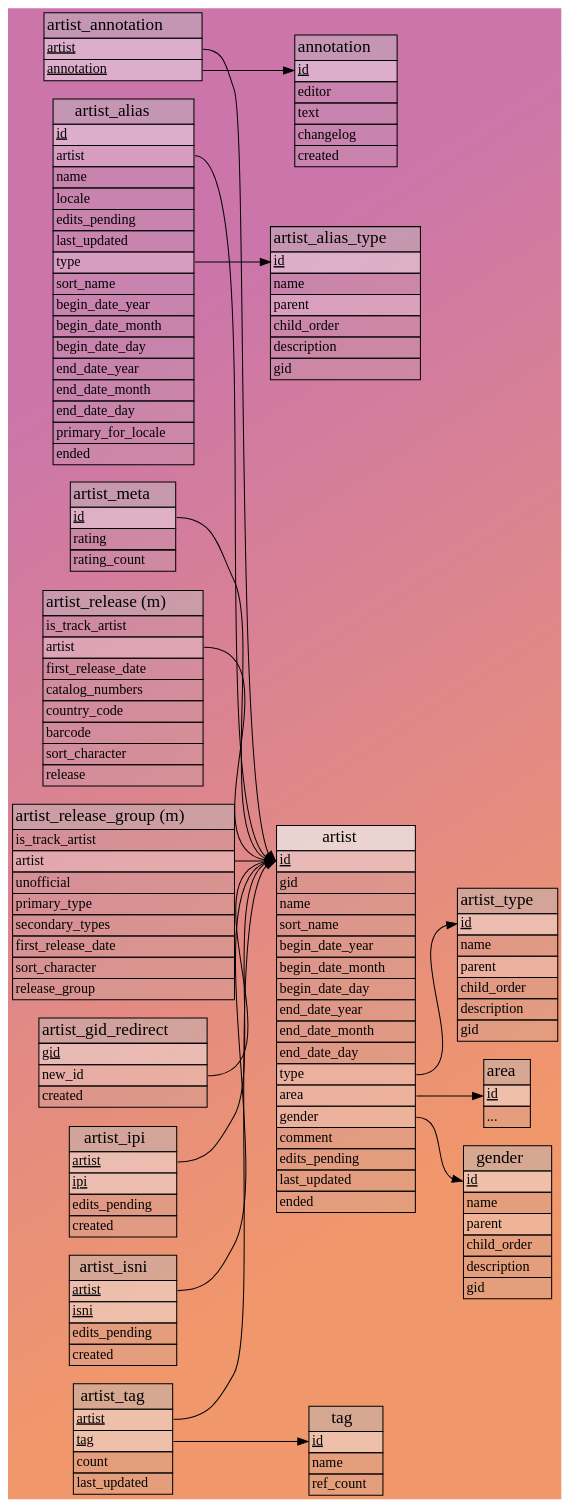
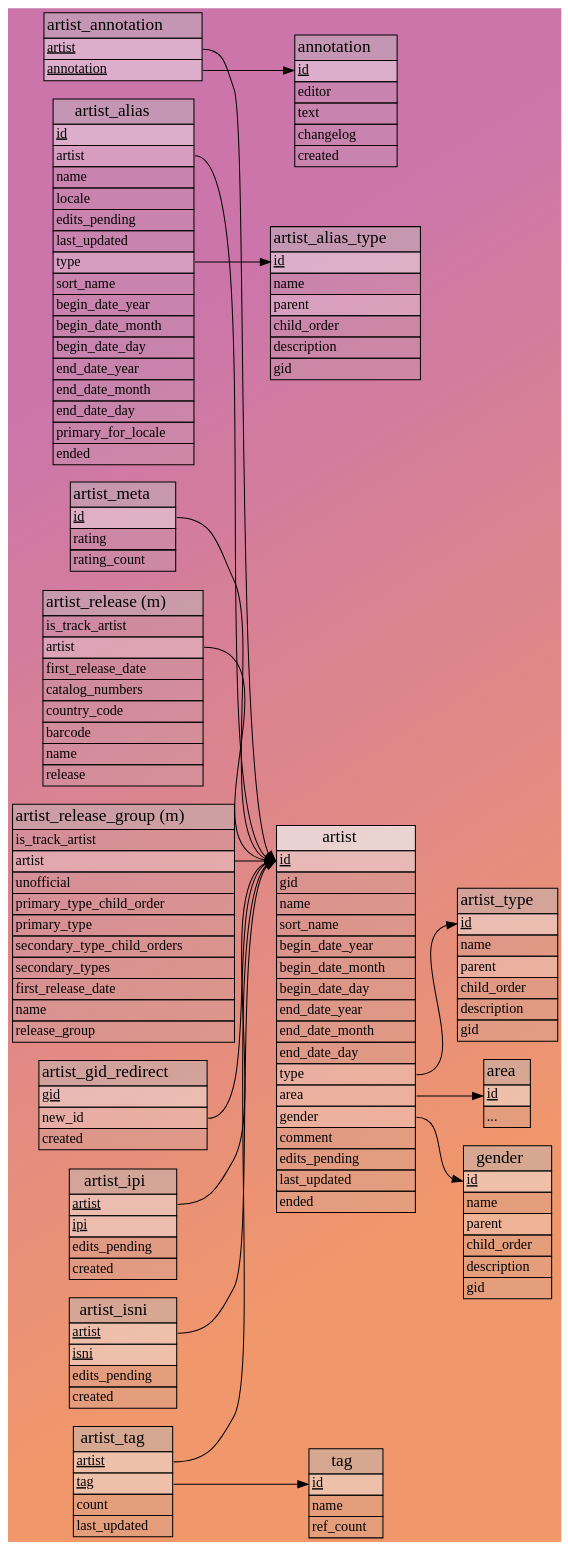
Before and after one commit to metabrainz/musicbrainz-server: the diagram in docs/database_schema_diagrams/graphs/artist_entity_details.dot, drawn with Graphviz. The commit also changed 27 other files, not shown here.

First line of the commit message:
MBS-14037: Update diagrams for 2025 Q2 schema change

```diff
--- a/docs/database_schema_diagrams/graphs/artist_entity_details.dot
+++ b/docs/database_schema_diagrams/graphs/artist_entity_details.dot
@@ -1,5 +1,5 @@
 // Automatically generated, do not edit.
-// - Database schema sequence: 29
+// - Database schema sequence: 30
 digraph artist_entity_details {
     tooltip = "Tables for the “artist” entity type properties"
     graph [
@@ -156,7 +156,7 @@
                 <tr><td bgcolor="#bbbbbb33" align="left" port="catalog_numbers"><font point-size="14">catalog_numbers</font></td></tr>
                 <tr><td bgcolor="#bbbbbb33" align="left" port="country_code"><font point-size="14">country_code</font></td></tr>
                 <tr><td bgcolor="#bbbbbb33" align="left" port="barcode"><font point-size="14">barcode</font></td></tr>
-                <tr><td bgcolor="#bbbbbb33" align="left" port="sort_character"><font point-size="14">sort_character</font></td></tr>
+                <tr><td bgcolor="#bbbbbb33" align="left" port="name"><font point-size="14">name</font></td></tr>
                 <tr><td bgcolor="#bbbbbb33" align="left" port="release"><font point-size="14">release</font></td></tr>
             </table>
         >
@@ -168,10 +168,12 @@
                 <tr><td bgcolor="#bbbbbb33" align="left" port="is_track_artist"><font point-size="14">is_track_artist</font></td></tr>
                 <tr><td bgcolor="#eeeeee55" align="left" port="artist"><font point-size="14">artist</font></td></tr>
                 <tr><td bgcolor="#bbbbbb33" align="left" port="unofficial"><font point-size="14">unofficial</font></td></tr>
+                <tr><td bgcolor="#bbbbbb33" align="left" port="primary_type_child_order"><font point-size="14">primary_type_child_order</font></td></tr>
                 <tr><td bgcolor="#bbbbbb33" align="left" port="primary_type"><font point-size="14">primary_type</font></td></tr>
+                <tr><td bgcolor="#bbbbbb33" align="left" port="secondary_type_child_orders"><font point-size="14">secondary_type_child_orders</font></td></tr>
                 <tr><td bgcolor="#bbbbbb33" align="left" port="secondary_types"><font point-size="14">secondary_types</font></td></tr>
                 <tr><td bgcolor="#bbbbbb33" align="left" port="first_release_date"><font point-size="14">first_release_date</font></td></tr>
-                <tr><td bgcolor="#bbbbbb33" align="left" port="sort_character"><font point-size="14">sort_character</font></td></tr>
+                <tr><td bgcolor="#bbbbbb33" align="left" port="name"><font point-size="14">name</font></td></tr>
                 <tr><td bgcolor="#bbbbbb33" align="left" port="release_group"><font point-size="14">release_group</font></td></tr>
             </table>
         >
```
